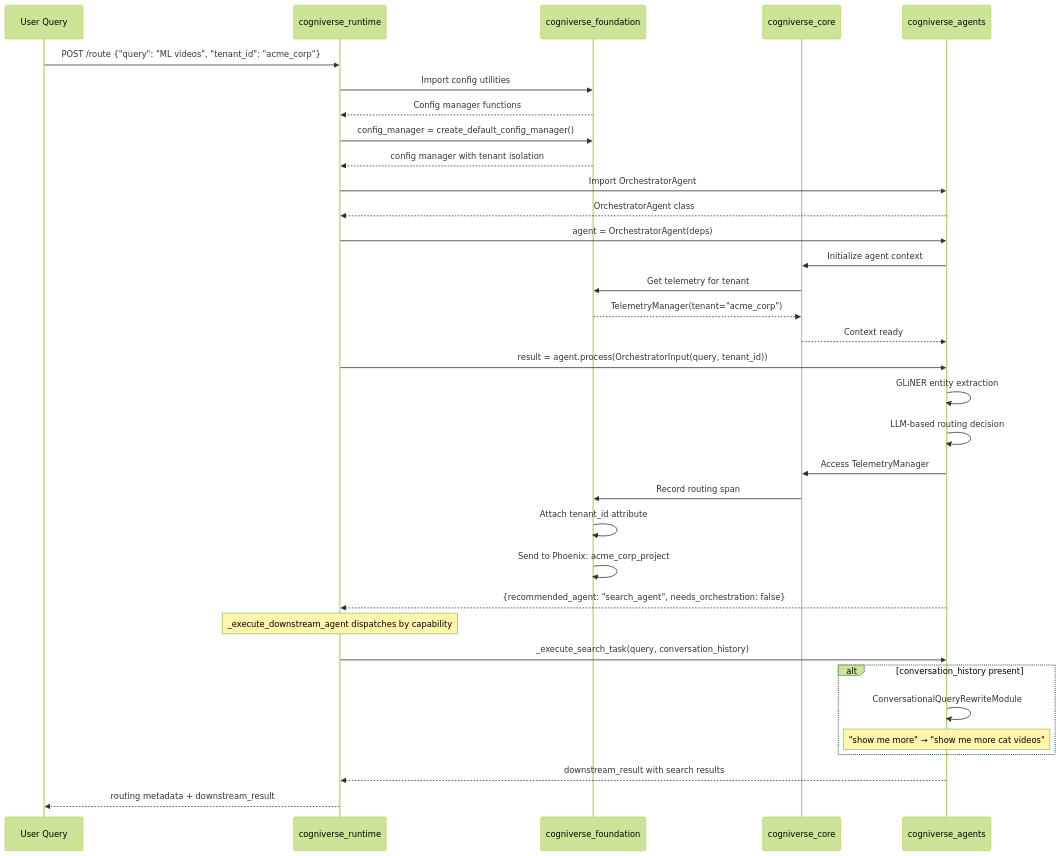
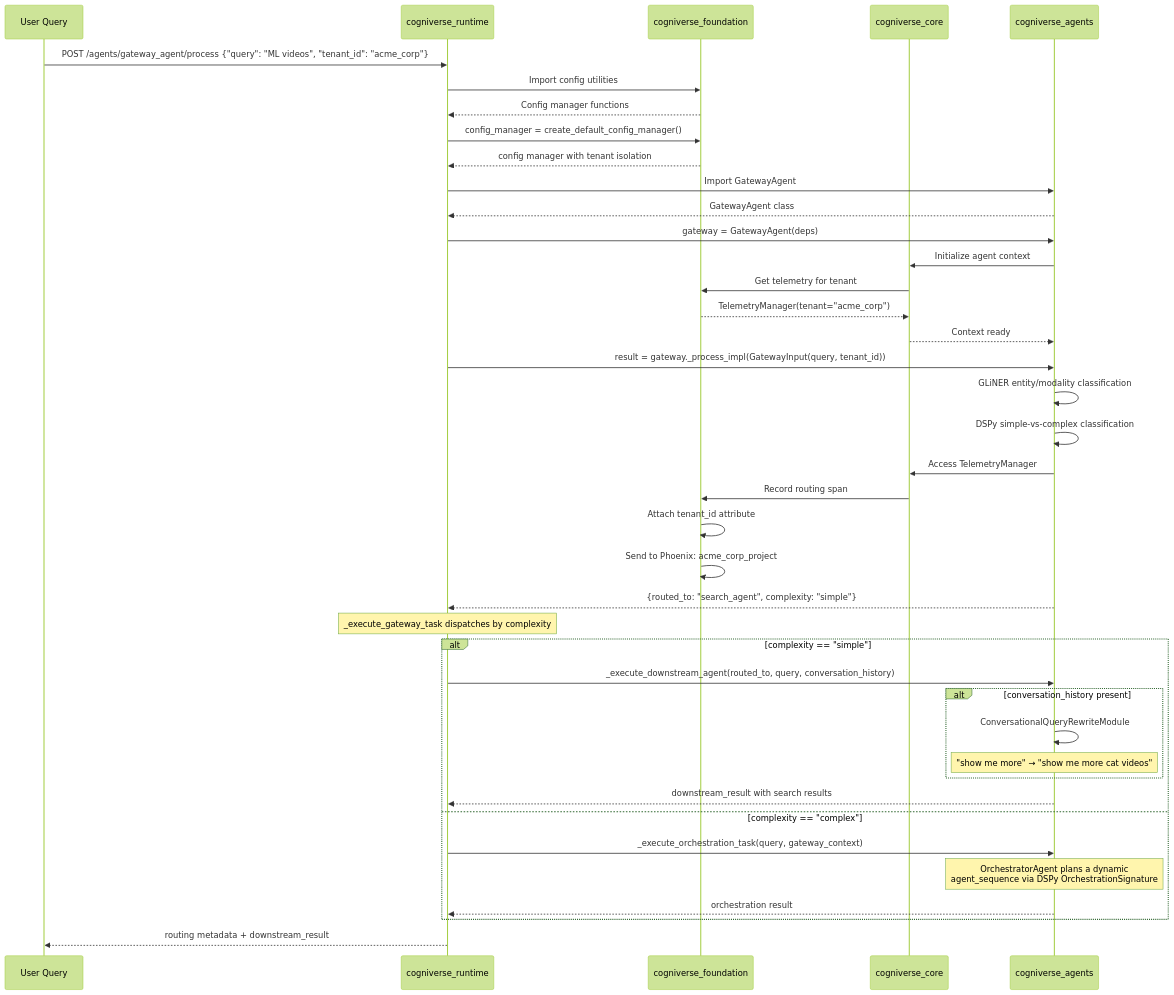
Before and after one commit to amit-jain/cogniverse: the ninth of 20 diagrams in docs/diagrams/sdk-architecture-diagrams.md, drawn with Mermaid (forest theme). The commit also changed other lines of this file and 19 other files, not shown here.

````diff
--- a/docs/diagrams/sdk-architecture-diagrams.md
+++ b/docs/diagrams/sdk-architecture-diagrams.md
@@ -531,47 +549,55 @@
 ```mermaid
 sequenceDiagram
     participant User as User Query
     participant Runtime as cogniverse_runtime
     participant Foundation as cogniverse_foundation
     participant Core as cogniverse_core
     participant Agents as cogniverse_agents
 
-    User->>Runtime: POST /route {"query": "ML videos", "tenant_id": "acme_corp"}
+    User->>Runtime: POST /agents/gateway_agent/process {"query": "ML videos", "tenant_id": "acme_corp"}
 
     Runtime->>Foundation: Import config utilities
     Foundation-->>Runtime: Config manager functions
 
     Runtime->>Foundation: config_manager = create_default_config_manager()
     Foundation-->>Runtime: config manager with tenant isolation
 
-    Runtime->>Agents: Import OrchestratorAgent
-    Agents-->>Runtime: OrchestratorAgent class
+    Runtime->>Agents: Import GatewayAgent
+    Agents-->>Runtime: GatewayAgent class
 
-    Runtime->>Agents: agent = OrchestratorAgent(deps)
+    Runtime->>Agents: gateway = GatewayAgent(deps)
     Agents->>Core: Initialize agent context
     Core->>Foundation: Get telemetry for tenant
     Foundation-->>Core: TelemetryManager(tenant="acme_corp")
     Core-->>Agents: Context ready
 
-    Runtime->>Agents: result = agent.process(OrchestratorInput(query, tenant_id))
-    Agents->>Agents: GLiNER entity extraction
-    Agents->>Agents: LLM-based routing decision
+    Runtime->>Agents: result = gateway._process_impl(GatewayInput(query, tenant_id))
+    Agents->>Agents: GLiNER entity/modality classification
+    Agents->>Agents: DSPy simple-vs-complex classification
 
     Agents->>Core: Access TelemetryManager
     Core->>Foundation: Record routing span
     Foundation->>Foundation: Attach tenant_id attribute
     Foundation->>Foundation: Send to Phoenix: acme_corp_project
 
-    Agents-->>Runtime: {recommended_agent: "search_agent", needs_orchestration: false}
+    Agents-->>Runtime: {routed_to: "search_agent", complexity: "simple"}
 
-    Note over Runtime: _execute_downstream_agent dispatches by capability
-    Runtime->>Agents: _execute_search_task(query, conversation_history)
+    Note over Runtime: _execute_gateway_task dispatches by complexity
 
-    alt conversation_history present
-        Agents->>Agents: ConversationalQueryRewriteModule
-        Note over Agents: "show me more" → "show me more cat videos"
+    alt complexity == "simple"
+        Runtime->>Agents: _execute_downstream_agent(routed_to, query, conversation_history)
+
+        alt conversation_history present
+            Agents->>Agents: ConversationalQueryRewriteModule
+            Note over Agents: "show me more" → "show me more cat videos"
+        end
+
+        Agents-->>Runtime: downstream_result with search results
+    else complexity == "complex"
+        Runtime->>Agents: _execute_orchestration_task(query, gateway_context)
+        Note over Agents: OrchestratorAgent plans a dynamic<br/>agent_sequence via DSPy OrchestrationSignature
+        Agents-->>Runtime: orchestration result
     end
 
-    Agents-->>Runtime: downstream_result with search results
     Runtime-->>User: routing metadata + downstream_result
 ```
````
